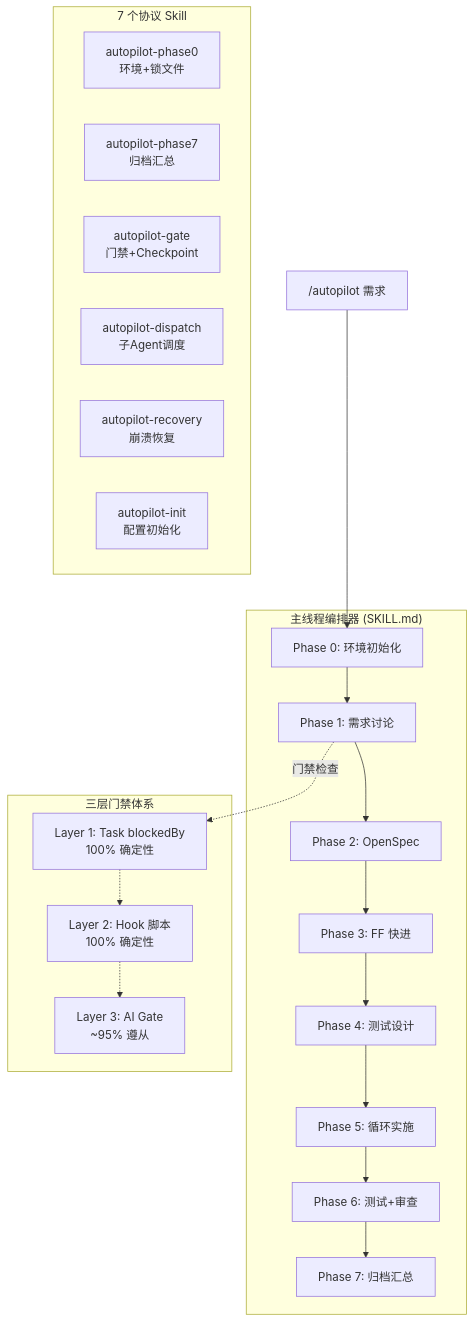
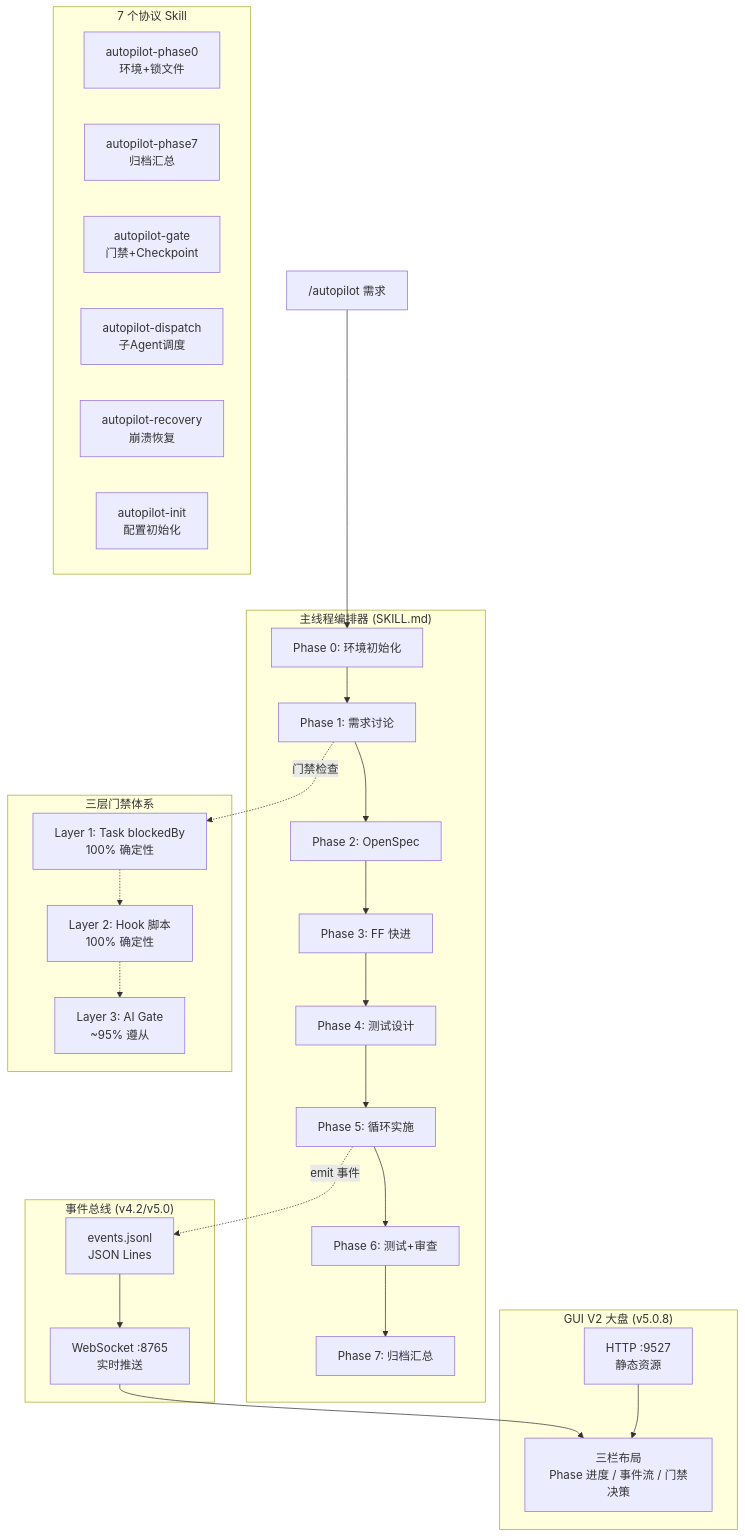
The diagram in plugins/spec-autopilot/docs/architecture/overview.md (lorainwings/claude-autopilot), drawn with Mermaid before and after one commit. The commit also changed other lines of this file and 12 other files, not shown here.

````diff
--- a/plugins/spec-autopilot/docs/architecture/overview.md
+++ b/plugins/spec-autopilot/docs/architecture/overview.md
@@ -7,33 +7,47 @@
 ```mermaid
 graph TD
     User["/autopilot 需求"] --> P0
 
     subgraph "主线程编排器 (SKILL.md)"
         P0[Phase 0: 环境初始化] --> P1[Phase 1: 需求讨论]
         P1 --> P2[Phase 2: OpenSpec]
         P2 --> P3[Phase 3: FF 快进]
         P3 --> P4[Phase 4: 测试设计]
         P4 --> P5[Phase 5: 循环实施]
         P5 --> P6[Phase 6: 测试+审查]
         P6 --> P7[Phase 7: 归档汇总]
     end
 
     subgraph "三层门禁体系"
         L1[Layer 1: Task blockedBy<br/>100% 确定性]
         L2[Layer 2: Hook 脚本<br/>100% 确定性]
         L3[Layer 3: AI Gate<br/>~95% 遵从]
     end
 
+    subgraph "事件总线 (v4.2/v5.0)"
+        EB[events.jsonl<br/>JSON Lines]
+        WS[WebSocket :8765<br/>实时推送]
+    end
+
+    subgraph "GUI V2 大盘 (v5.0.8)"
+        HTTP[HTTP :9527<br/>静态资源]
+        GUI[三栏布局<br/>Phase 进度 / 事件流 / 门禁决策]
+    end
+
     P1 -.->|门禁检查| L1
     L1 -.-> L2
     L2 -.-> L3
+    P5 -.->|emit 事件| EB
+    EB --> WS
+    WS --> GUI
+    HTTP --> GUI
 
     subgraph "7 个协议 Skill"
         SP0[autopilot-phase0<br/>环境+锁文件]
         SP7[autopilot-phase7<br/>归档汇总]
         SG[autopilot-gate<br/>门禁+Checkpoint]
         SD[autopilot-dispatch<br/>子Agent调度]
         SR[autopilot-recovery<br/>崩溃恢复]
         SI[autopilot-init<br/>配置初始化]
     end
 ```
````
